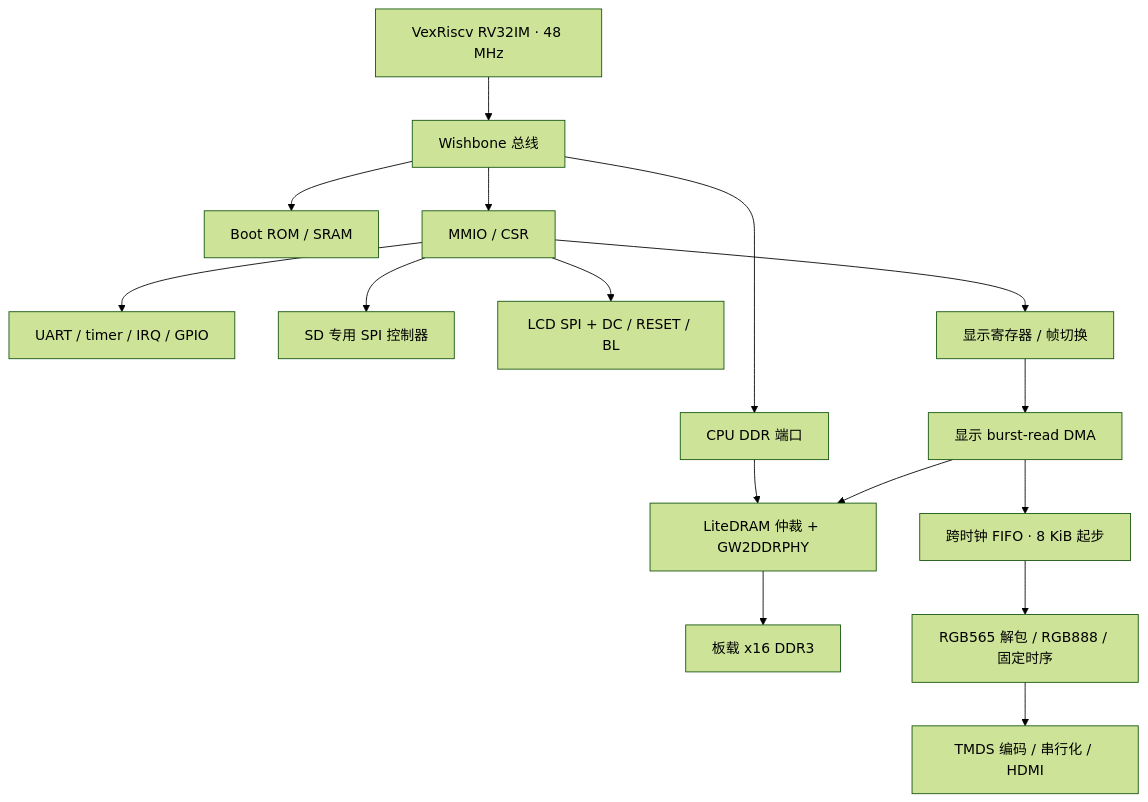
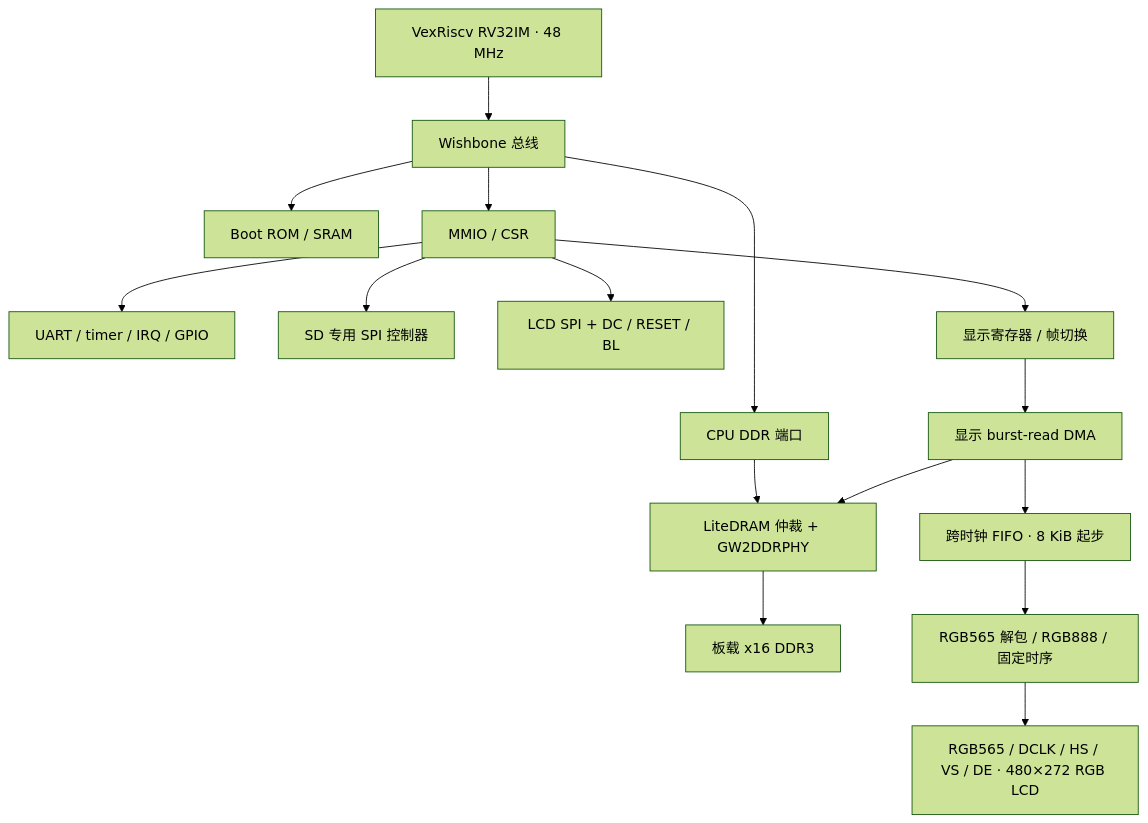
One commit to bearice/riscv-mini changed the diagram in docs/system-plan.md. Above: the diagram before and after it, drawn with Mermaid (forest theme). The commit also changed other lines of this file and 15 other files, not shown here.

````diff
--- a/docs/system-plan.md
+++ b/docs/system-plan.md
@@ -33,18 +36,18 @@
 ```mermaid
 flowchart TD
     CPU["VexRiscv RV32IM · 48 MHz"] --> WB["Wishbone 总线"]
     WB --> BRAM["Boot ROM / SRAM"]
     WB --> CSR["MMIO / CSR"]
     CSR --> UART["UART / timer / IRQ / GPIO"]
     CSR --> SD["SD 专用 SPI 控制器"]
     CSR --> LCD["LCD SPI + DC / RESET / BL"]
     CSR --> VC["显示寄存器 / 帧切换"]
     WB --> CPUport["CPU DDR 端口"]
     CPUport --> DRAM["LiteDRAM 仲裁 + GW2DDRPHY"]
     DMA["显示 burst-read DMA"] --> DRAM
     DRAM --> DDR["板载 x16 DDR3"]
     DMA --> FIFO["跨时钟 FIFO · 8 KiB 起步"]
     FIFO --> PIX["RGB565 解包 / RGB888 / 固定时序"]
-    PIX --> TMDS["TMDS 编码 / 串行化 / HDMI"]
+    PIX --> RGBLCD["RGB565 / DCLK / HS / VS / DE · 480×272 RGB LCD"]
     VC --> DMA
 ```
````
